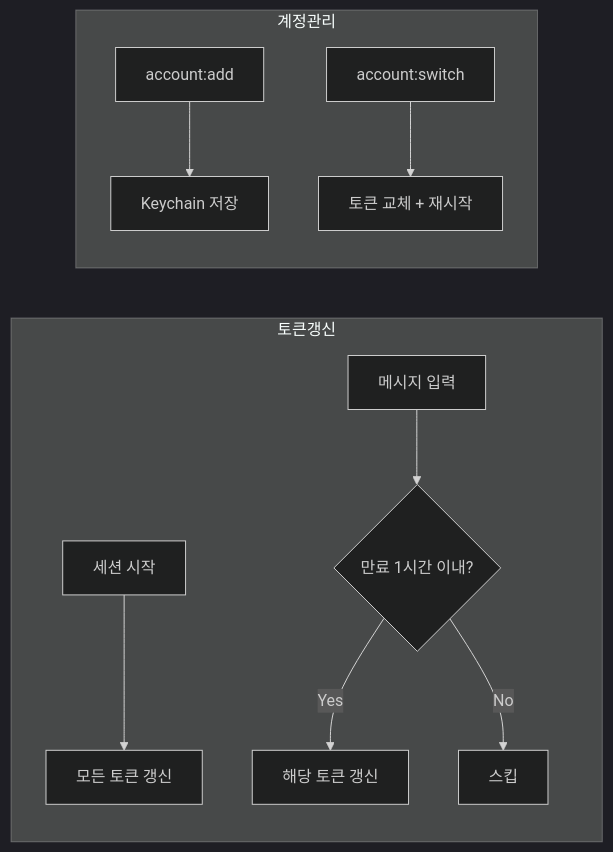
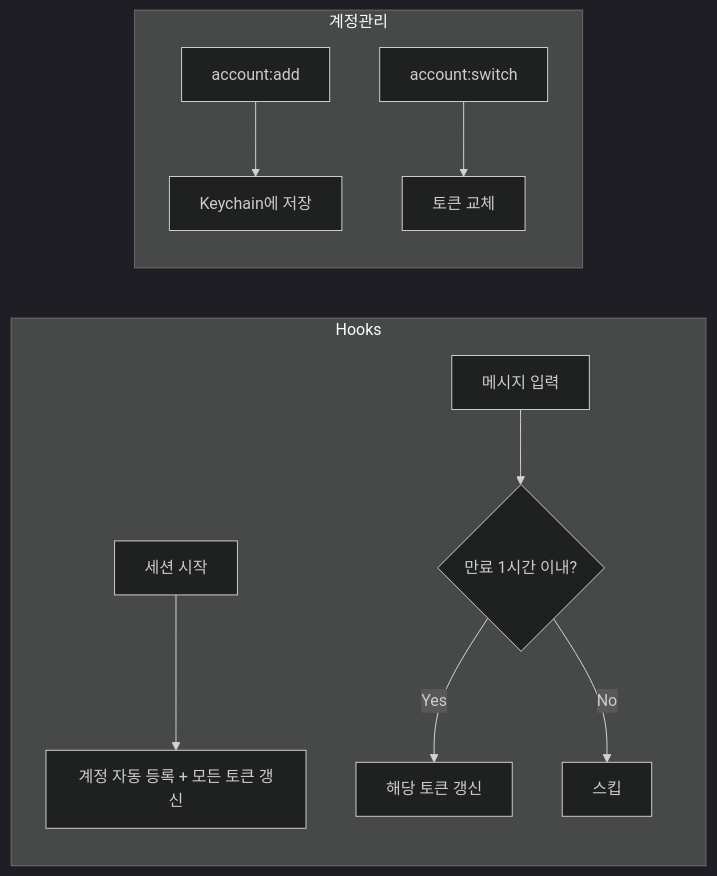
Before and after one commit to lee-ji-hoon/claude-multi-account-manager: the diagram in README.md, drawn with Mermaid (dark theme). The commit also changed other lines of this file and 1 other file, not shown here.

First line of the commit message:
feat: /account:report 버그 리포트 스킬 추가 + README 전면 갱신

````diff
--- a/README.md
+++ b/README.md
@@ -21,14 +65,14 @@
 ```mermaid
 flowchart LR
-    subgraph 토큰갱신
-        A[세션 시작] --> B[모든 토큰 갱신]
+    subgraph Hooks
+        A[세션 시작] --> B[계정 자동 등록 + 모든 토큰 갱신]
         C[메시지 입력] --> D{만료 1시간 이내?}
         D -->|Yes| E[해당 토큰 갱신]
         D -->|No| F[스킵]
     end
 
     subgraph 계정관리
-        G["account:add"] --> H[Keychain 저장]
-        I["account:switch"] --> J[토큰 교체 + 재시작]
+        G["account:add"] --> H[Keychain에 저장]
+        I["account:switch"] --> J[토큰 교체]
     end
 ```
````
